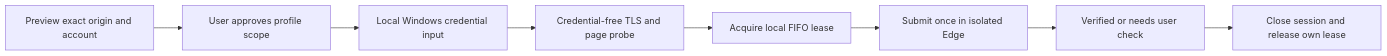
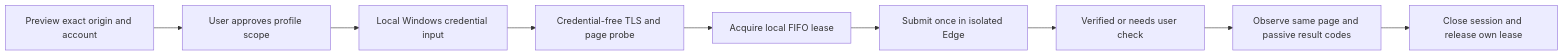
The diagram in docs/remotex-showcase.md (YSheldon/ai-productivity-plugins), drawn with Mermaid before and after one commit. The commit also changed other lines of this file and 21 other files, not shown here.

Commit message:
feat(remotex): add same-session controlled web readback (0.5.11)

````diff
--- a/docs/remotex-showcase.md
+++ b/docs/remotex-showcase.md
@@ -55,10 +55,11 @@
 ```mermaid
 flowchart LR
     A[Preview exact origin and account] --> B[User approves profile scope]
     B --> C[Local Windows credential input]
     C --> D[Credential-free TLS and page probe]
     D --> E[Acquire local FIFO lease]
     E --> F[Submit once in isolated Edge]
     F --> G[Verified or needs user check]
-    G --> H[Close session and release own lease]
+    G --> H[Observe same page and passive result codes]
+    H --> I[Close session and release own lease]
 ```
````
